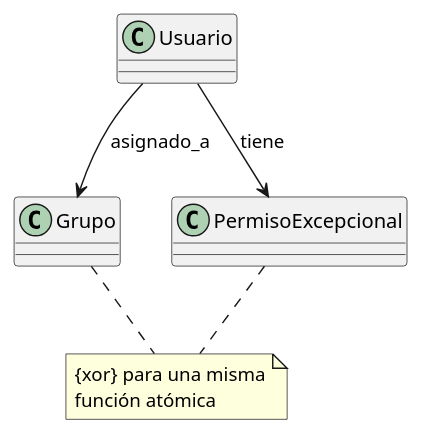
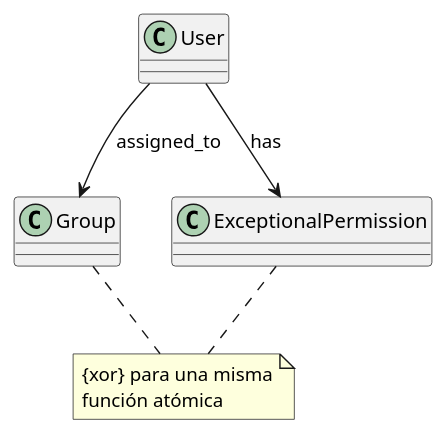
Before and after one commit to jcg-admin/IACT-docs: the diagram in source/requisitos/_metodologia-aplicacion/relaciones-uml/restriccion-xor-permiso-via-grupo-o-excepcional.rst, drawn with PlantUML. The commit also changed 19 other files, not shown here.

First line of the commit message:
Translate identifiers in B-C relaciones-uml/ (T-011..T-030)

```diff
--- a/source/requisitos/_metodologia-aplicacion/relaciones-uml/restriccion-xor-permiso-via-grupo-o-excepcional.rst
+++ b/source/requisitos/_metodologia-aplicacion/relaciones-uml/restriccion-xor-permiso-via-grupo-o-excepcional.rst
@@ -8,14 +8,14 @@
 .. uml::
 
    @startuml
 
-   class Usuario
-   class Grupo
-   class PermisoExcepcional
+   class User
+   class Group
+   class ExceptionalPermission
 
-   Usuario --> Grupo : asignado_a
-   Usuario --> PermisoExcepcional : tiene
+   User --> Group : assigned_to
+   User --> ExceptionalPermission : has
    note "{xor} para una misma\nfunción atómica" as NotaXor
-   Grupo .. NotaXor
-   PermisoExcepcional .. NotaXor
+   Group .. NotaXor
+   ExceptionalPermission .. NotaXor
    @enduml
```
